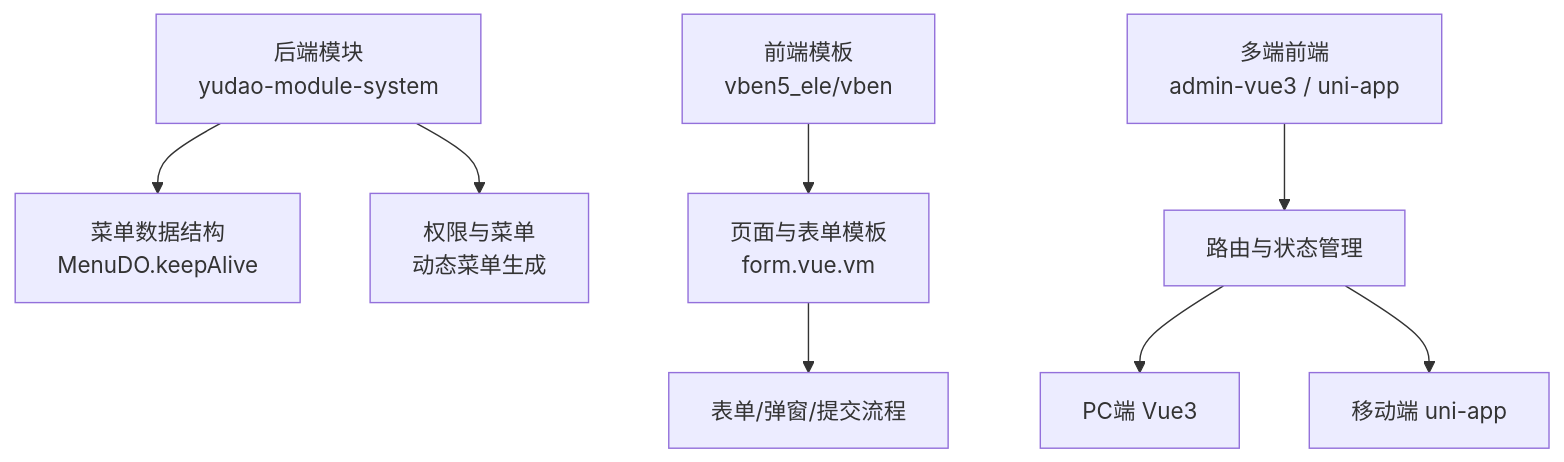
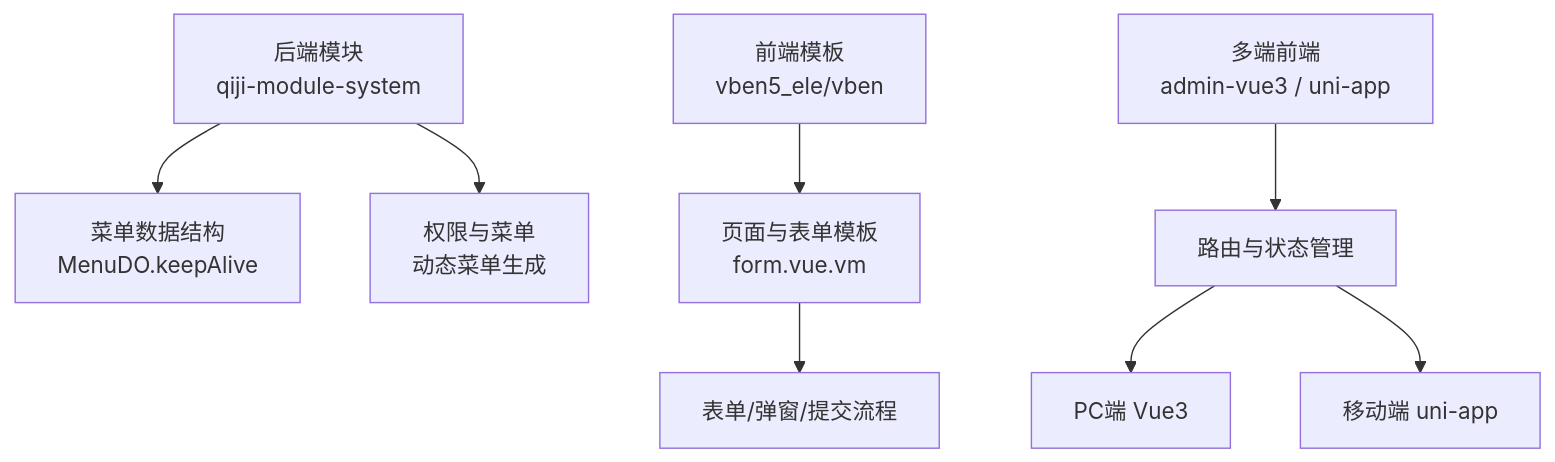
The first of 7 diagrams in backend/.qoder/repowiki/zh/content/前端架构设计/路由与状态管理.md (zhuangpengLI/AgenticCPS), drawn with Mermaid before and after one commit. The commit also changed other lines of this file and 3489 other files, not shown here.

````diff
--- a/backend/.qoder/repowiki/zh/content/前端架构设计/路由与状态管理.md
+++ b/backend/.qoder/repowiki/zh/content/前端架构设计/路由与状态管理.md
@@ -32,10 +32,10 @@
 ```mermaid
 graph TB
-A["后端模块<br/>yudao-module-system"] --> B["菜单数据结构<br/>MenuDO.keepAlive"]
+A["后端模块<br/>qiji-module-system"] --> B["菜单数据结构<br/>MenuDO.keepAlive"]
 A --> C["权限与菜单<br/>动态菜单生成"]
 D["前端模板<br/>vben5_ele/vben"] --> E["页面与表单模板<br/>form.vue.vm"]
 E --> F["表单/弹窗/提交流程"]
 G["多端前端<br/>admin-vue3 / uni-app"] --> H["路由与状态管理"]
 H --> I["PC端 Vue3"]
 H --> J["移动端 uni-app"]
 ```
````
